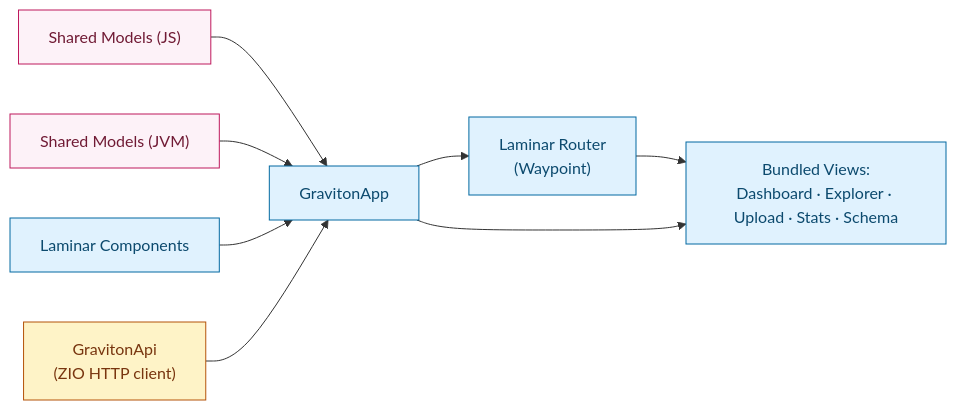
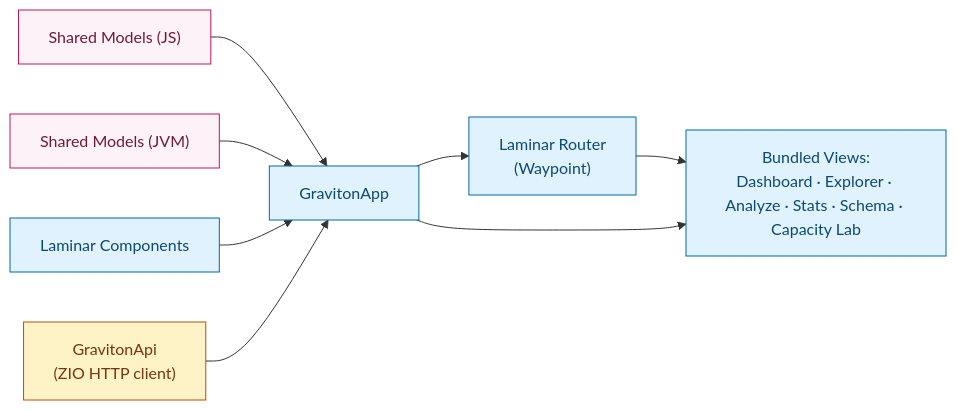
Before and after one commit to AdrielC/graviton: the diagram in docs/modules/frontend.md, drawn with Mermaid. The commit also changed other lines of this file and 34 other files, not shown here.

````diff
--- a/docs/modules/frontend.md
+++ b/docs/modules/frontend.md
@@ -28,22 +28,22 @@
 ```mermaid
 flowchart LR
   classDef layer fill:#e0f2fe,stroke:#0369a1,color:#0c4a6e;
   classDef shared fill:#fdf2f8,stroke:#be185d,color:#701a34;
   classDef runtime fill:#fef3c7,stroke:#b45309,color:#78350f;
 
   laminar["Laminar Components"]:::layer
   sharedJS["Shared Models (JS)"]:::shared
   sharedJVM["Shared Models (JVM)"]:::shared
   app["GravitonApp"]:::layer
   router["Laminar Router<br/>(Waypoint)"]:::layer
-  pages["Bundled Views:<br/>Dashboard · Explorer · Upload · Stats · Schema"]:::layer
+  pages["Bundled Views:<br/>Dashboard · Explorer · Analyze · Stats · Schema · Capacity Lab"]:::layer
   api["GravitonApi<br/>(ZIO HTTP client)"]:::runtime
 
   sharedJS --> app
   sharedJVM --> app
   laminar --> app
   app --> router
   router --> pages
   app --> pages
   api --> app
 ```
````
